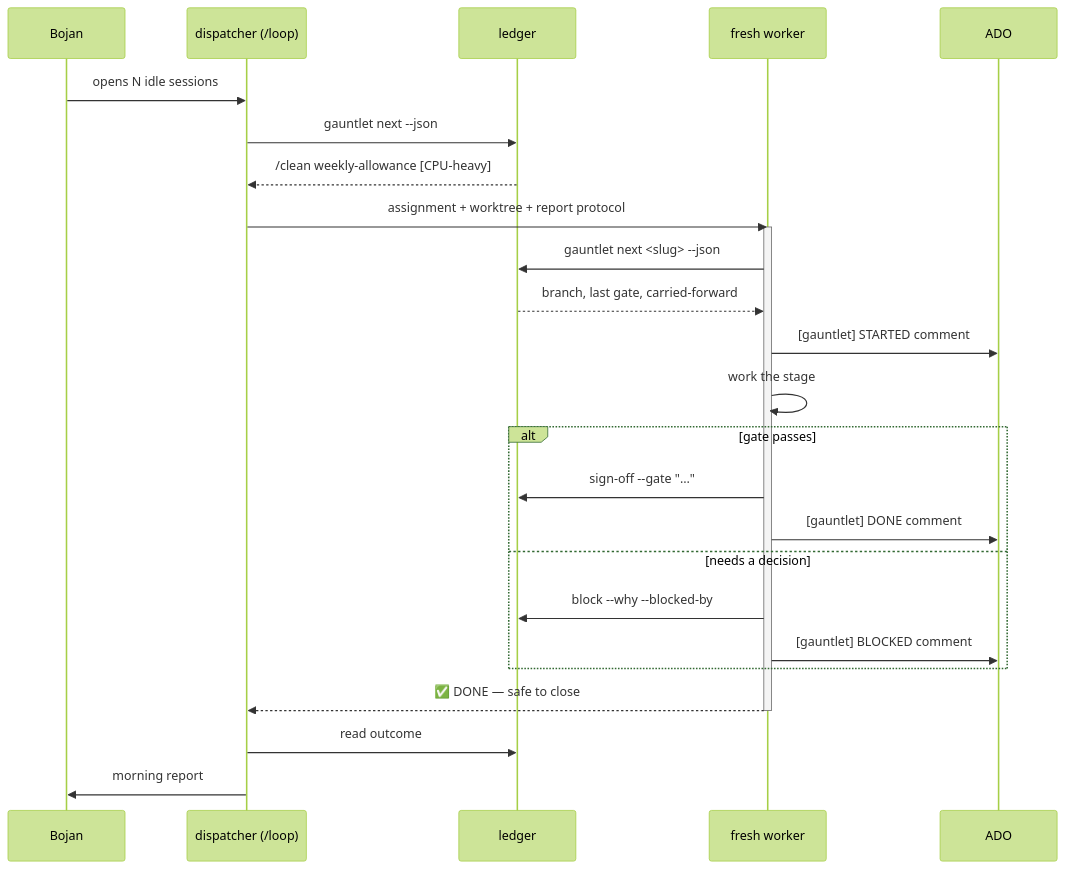
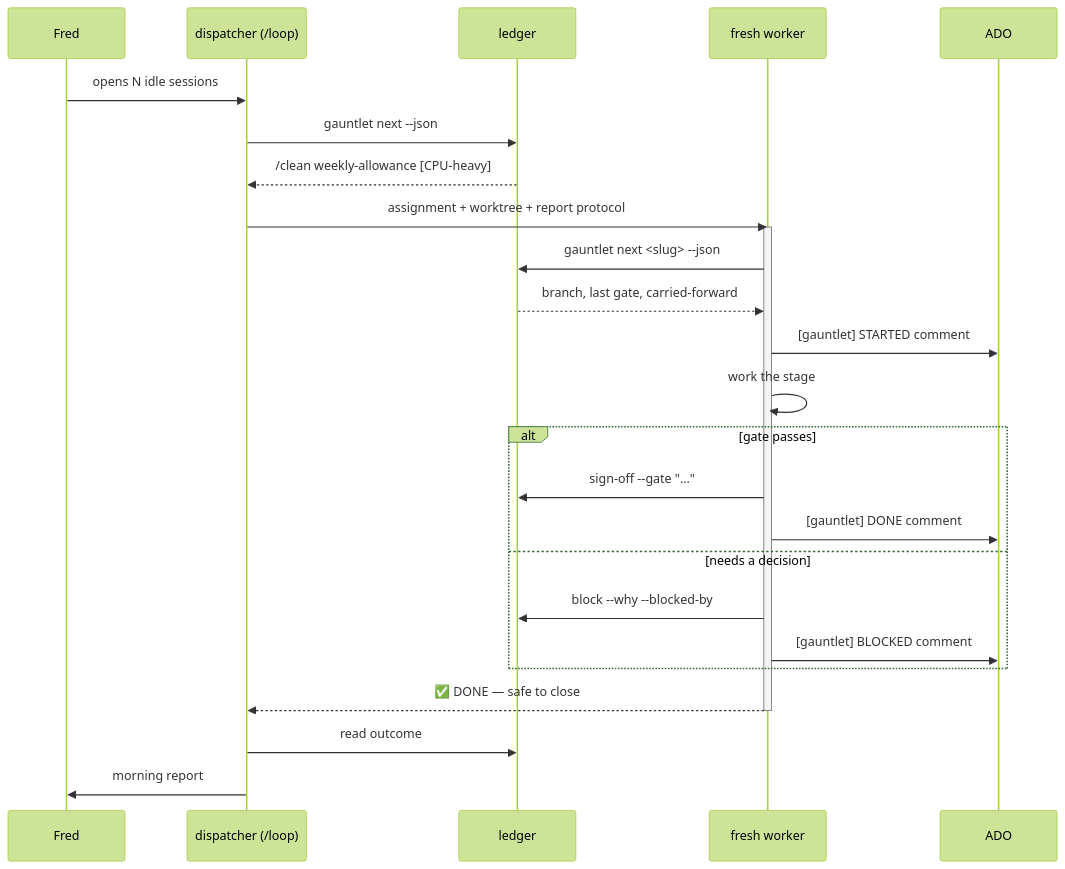
One commit to penguin3d/Fred-Roberts.net changed the sixth of 8 diagrams in docs/agent-operating-model.md. Above: the diagram before and after it, drawn with Mermaid (forest theme). The commit also changed other lines of this file and 42 other files, not shown here.

````diff
--- a/docs/agent-operating-model.md
+++ b/docs/agent-operating-model.md
@@ -503,29 +465,29 @@
 ```mermaid
 sequenceDiagram
-    participant B as Bojan
+    participant B as Fred
     participant M as dispatcher (/loop)
     participant L as ledger
     participant W as fresh worker
     participant D as ADO
 
     B->>M: opens N idle sessions
     M->>L: gauntlet next --json
     L-->>M: /clean weekly-allowance [CPU-heavy]
     M->>W: assignment + worktree + report protocol
     activate W
     W->>L: gauntlet next <slug> --json
     L-->>W: branch, last gate, carried-forward
     W->>D: [gauntlet] STARTED comment
     W->>W: work the stage
     alt gate passes
         W->>L: sign-off --gate "…"
         W->>D: [gauntlet] DONE comment
     else needs a decision
         W->>L: block --why --blocked-by
         W->>D: [gauntlet] BLOCKED comment
     end
     W-->>M: ✅ DONE — safe to close
     deactivate W
     M->>L: read outcome
     M->>B: morning report
 ```
````
